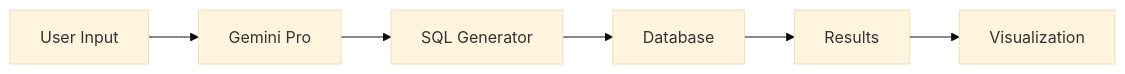
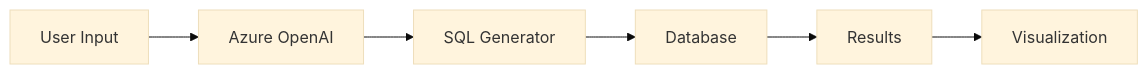
The first of 2 diagrams in README.md (devlight0912/portfolio), drawn with Mermaid (base theme) before and after one commit. The commit also changed other lines of this file and 1 other file, not shown here.

````diff
--- a/README.md
+++ b/README.md
@@ -73,8 +74,8 @@
 ```mermaid
 graph LR
-    A[User Input] --> B[Gemini Pro]
+    A[User Input] --> B[Azure OpenAI]
     B --> C[SQL Generator]
     C --> D[Database]
     D --> E[Results]
     E --> F[Visualization]
 ```
````
